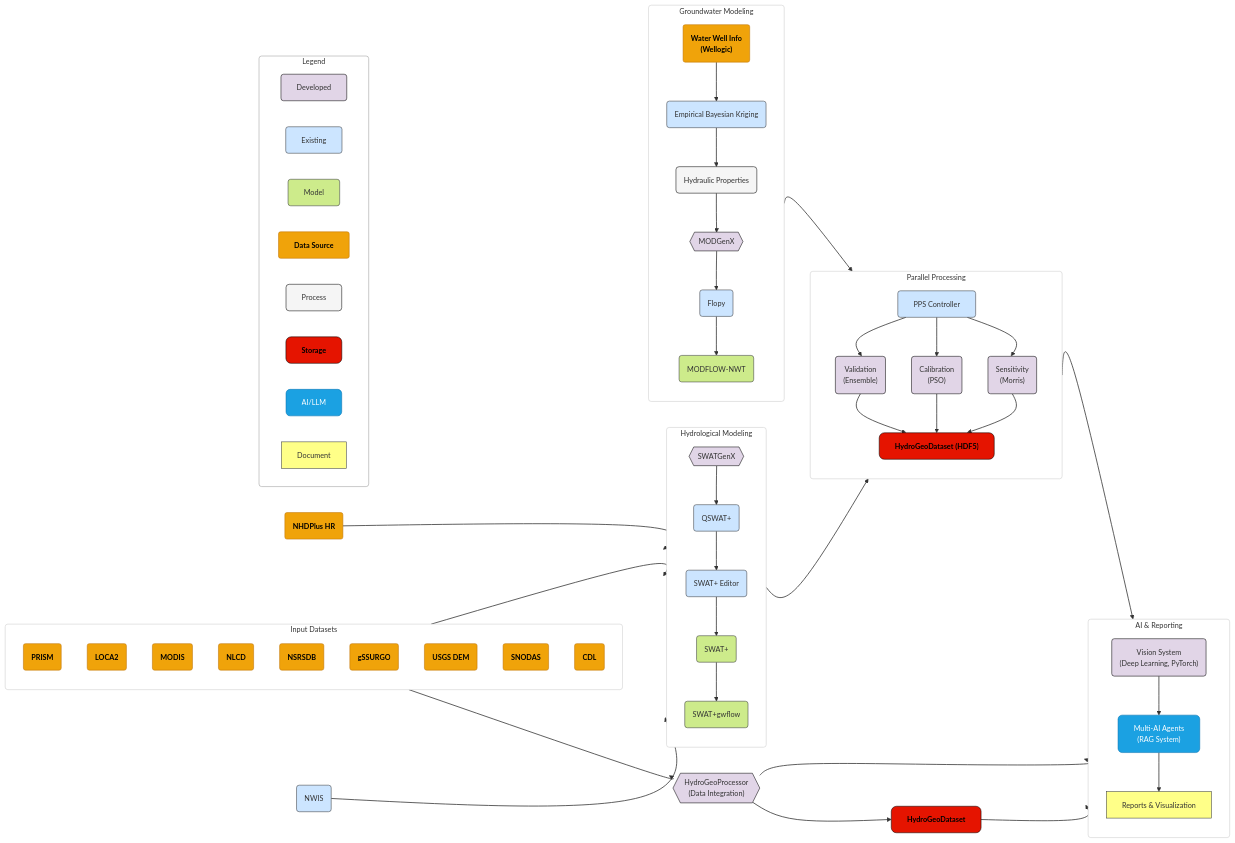
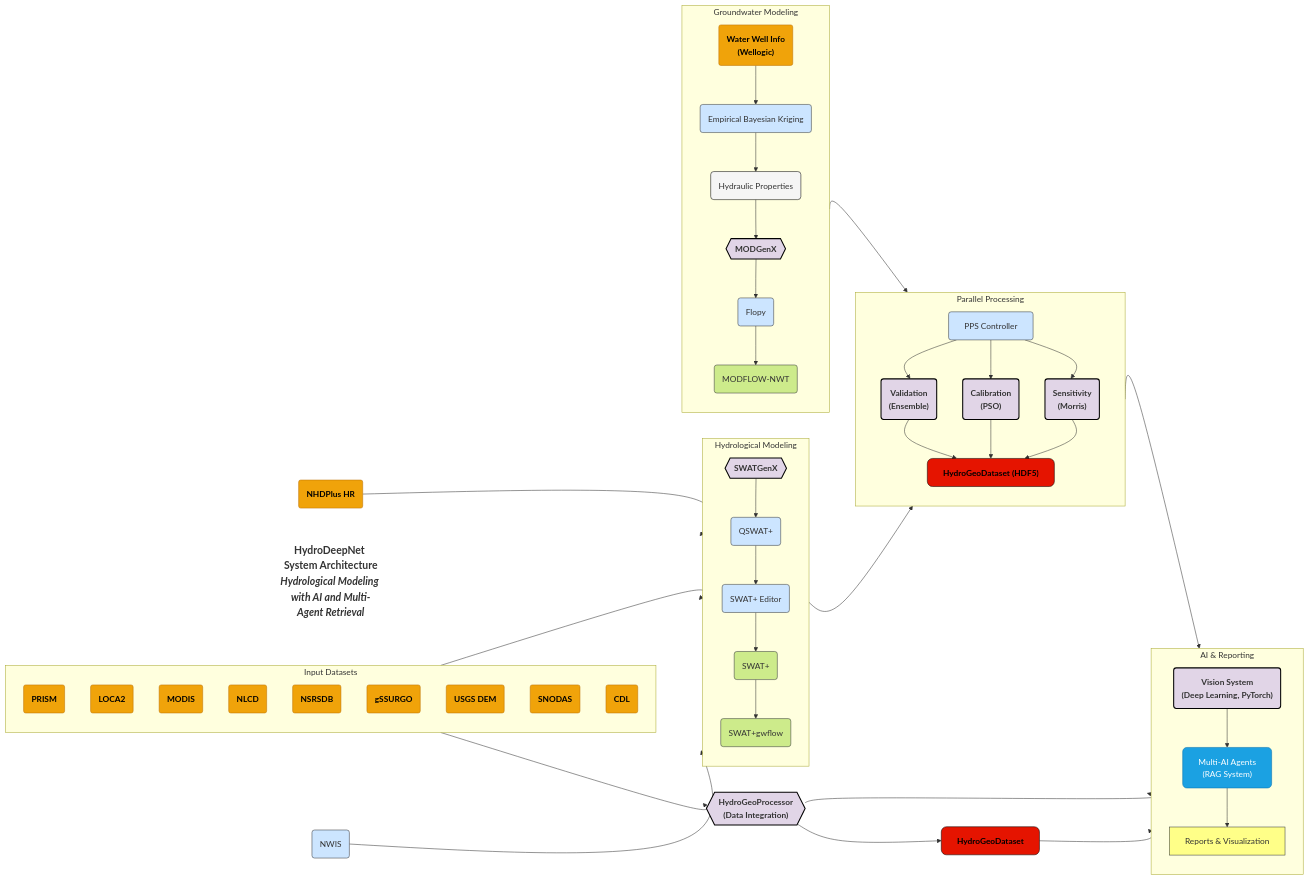
One commit to VahidMSU/HydroDeepNet changed the diagram in README.md. Above: the diagram before and after it, drawn with Mermaid.

Commit message:
Fix Mermaid rendering issue

````diff
--- a/README.md
+++ b/README.md
@@ -1,164 +1,118 @@
 ```mermaid
-%%{init: {
-  'theme': 'default',
-  'flowchart': {
-    'curve': 'natural',
-    'diagramPadding': 10
-  },
-  'themeVariables': {
-    'fontSize': '14px',
-    'fontFamily': 'arial'
-  }
-}}%%
+%%{init: {'theme': 'default', 'flowchart': {'curve': 'natural', 'diagramPadding': 20}, 'themeVariables': {'fontSize': '16px', 'fontFamily': 'arial'}}}%%
 graph LR
-linkStyle default stroke:#333,stroke-width:1.5px
+    title["<b>HydroDeepNet System Architecture</b><br><i>Hydrological Modeling with AI and Multi-Agent Retrieval</i>"]:::title
 
-%% ---------------------
-%% 1. INPUT DATASETS
-%% ---------------------
-subgraph Input_Datasets["Input Datasets"]
-direction TB
-    PRISM("PRISM"):::datasource
-    LOCA2("LOCA2"):::datasource
-    MODIS("MODIS"):::datasource
-    NLCD("NLCD"):::datasource
-    NSRSDB("NSRSDB"):::datasource
-    gSSURGO("gSSURGO"):::datasource
-    USGSDEM("USGS DEM"):::datasource
-    SNODAS("SNODAS"):::datasource
-    CDL("CDL"):::datasource
-end
+    %% 1. INPUT DATASETS
+    subgraph Input_Datasets["Input Datasets"]
+    direction TB
+        PRISM("PRISM"):::datasource
+        LOCA2("LOCA2"):::datasource
+        MODIS("MODIS"):::datasource
+        NLCD("NLCD"):::datasource
+        NSRSDB("NSRSDB"):::datasource
+        gSSURGO("gSSURGO"):::datasource
+        USGSDEM("USGS DEM"):::datasource
+        SNODAS("SNODAS"):::datasource
+        CDL("CDL"):::datasource
+    end
 
-%% Data Integration
-HydroGeoProcessor{{"HydroGeoProcessor<br>(Data Integration)"}}:::developed
-hydroGeoDatasetCyl["HydroGeoDataset"]:::storage
+    %% 2. DATA INTEGRATION
+    HydroGeoProcessor{{"HydroGeoProcessor<br>(Data Integration)"}}:::developed
+    hydroGeoDatasetCyl["HydroGeoDataset"]:::storage
 
-%% Additional Data Inputs
-NWIS("NWIS"):::existing
-NHDPlusHR("NHDPlus HR"):::datasource
+    %% Additional Data Inputs
+    NWIS("NWIS"):::existing
+    NHDPlusHR("NHDPlus HR"):::datasource
 
-%% ---------------------
-%% 2. HYDROLOGICAL MODELING
-%% ---------------------
-subgraph Hydrological_Modeling["Hydrological Modeling"]
-direction TB
-    SWATGenX{{SWATGenX}}:::developed
-    QSWATPlus("QSWAT+"):::existing
-    SWATPlusEditor("SWAT+ Editor"):::existing
-    SWATPlus("SWAT+"):::models
-    SWATPlusGwflow("SWAT+gwflow"):::models
-end
+    %% 3. HYDROLOGICAL MODELING
+    subgraph Hydrological_Modeling["Hydrological Modeling"]
+    direction TB
+        SWATGenX{{SWATGenX}}:::developed
+        QSWATPlus("QSWAT+"):::existing
+        SWATPlusEditor("SWAT+ Editor"):::existing
+        SWATPlus("SWAT+"):::models
+        SWATPlusGwflow("SWAT+gwflow"):::models
+    end
 
-%% ---------------------
-%% 3. GROUNDWATER MODELING
-%% ---------------------
-subgraph Groundwater_Modeling["Groundwater Modeling"]
-direction TB
-    WellInfo("Water Well Info<br>(Wellogic)"):::datasource
-    EBK("Empirical Bayesian Kriging"):::existing
-    HydraulicProps("Hydraulic Properties"):::process
-    MODGenX{{MODGenX}}:::developed
-    Flopy("Flopy"):::existing
-    MODFLOWNWT("MODFLOW-NWT"):::models
-end
+    %% GROUNDWATER MODELING
+    subgraph Groundwater_Modeling["Groundwater Modeling"]
+    direction TB
+        WellInfo("Water Well Info<br>(Wellogic)"):::datasource
+        EBK("Empirical Bayesian Kriging"):::existing
+        HydraulicProps("Hydraulic Properties"):::process
+        MODGenX{{MODGenX}}:::developed
+        Flopy("Flopy"):::existing
+        MODFLOWNWT("MODFLOW-NWT"):::models
+    end
 
-%% ---------------------
-%% 4. PARALLEL PROCESSING
-%% ---------------------
-subgraph Parallel_Processing["Parallel Processing"]
-direction TB
-    PPS["PPS Controller"]:::existing
-    Validation("Validation<br>(Ensemble)"):::developed
-    Calibration("Calibration<br>(PSO)"):::developed
-    Sensitivity("Sensitivity<br>(Morris)"):::developed
-    hydroGeoHDFCyl["HydroGeoDataset (HDF5)"]:::storage
-end
+    %% 4. PARALLEL PROCESSING
+    subgraph Parallel_Processing["Parallel Processing"]
+    direction TB
+        PPS["PPS Controller"]:::existing
+        Validation("Validation<br>(Ensemble)"):::developed
+        Calibration("Calibration<br>(PSO)"):::developed
+        Sensitivity("Sensitivity<br>(Morris)"):::developed
+        hydroGeoHDFCyl["HydroGeoDataset (HDF5)"]:::storage
+    end
 
-%% ---------------------
-%% 5. AI & REPORTING
-%% ---------------------
-subgraph AI_Reporting["AI & Reporting"]
-direction TB
-    VisionSystem("Vision System<br>(Deep Learning, PyTorch)"):::developed
-    MultiAI["Multi-AI Agents<br>(RAG System)"]:::llm
-    Reports["Reports & Visualization"]:::document
-end
+    %% 5. AI & REPORTING
+    subgraph AI_Reporting["AI & Reporting"]
+    direction TB
+        VisionSystem("Vision System<br>(Deep Learning, PyTorch)"):::developed
+        MultiAI["Multi-AI Agents<br>(RAG System)"]:::llm
+        Reports["Reports & Visualization"]:::document
+    end
 
-%% ---------------------
-%% EDGES / CONNECTIONS
-%% ---------------------
-%% (A) Input -> Processor
-Input_Datasets --> HydroGeoProcessor
-HydroGeoProcessor --> hydroGeoDatasetCyl
+    %% ---- EDGES / CONNECTIONS ----
 
-%% (B) Additional Data -> SWATGenX
-Input_Datasets --> SWATGenX
-NWIS --> SWATGenX
-NHDPlusHR --> SWATGenX
+    %% (A) Input to Data Processor
+    Input_Datasets --> HydroGeoProcessor
+    HydroGeoProcessor --> hydroGeoDatasetCyl
 
-%% (C) Hydrological Modeling Flow
-SWATGenX --> QSWATPlus
-QSWATPlus --> SWATPlusEditor
-SWATPlusEditor --> SWATPlus
-SWATPlus --> SWATPlusGwflow
+    %% (B) Data to SWATGenX
+    Input_Datasets --> SWATGenX
+    NWIS --> SWATGenX
+    NHDPlusHR --> SWATGenX
 
-%% (D) Groundwater Modeling Flow
-WellInfo --> EBK
-EBK --> HydraulicProps
-HydraulicProps --> MODGenX
-MODGenX --> Flopy
-Flopy --> MODFLOWNWT
+    %% (C) Hydrological Modeling Flow
+    SWATGenX --> QSWATPlus
+    QSWATPlus --> SWATPlusEditor
+    SWATPlusEditor --> SWATPlus
+    SWATPlus --> SWATPlusGwflow
 
-%% (E) Parallel Processing Flow
-SWATPlusGwflow --> PPS
-MODFLOWNWT --> PPS
-PPS --> Validation
-PPS --> Calibration
-PPS --> Sensitivity
-Validation --> hydroGeoHDFCyl
-Calibration --> hydroGeoHDFCyl
-Sensitivity --> hydroGeoHDFCyl
+    %% (D) Groundwater Modeling Flow
+    WellInfo --> EBK
+    EBK --> HydraulicProps
+    HydraulicProps --> MODGenX
+    MODGenX --> Flopy
+    Flopy --> MODFLOWNWT
 
-%% (F) AI & Reporting Flow
-hydroGeoDatasetCyl --> VisionSystem
-VisionSystem --> MultiAI
-hydroGeoHDFCyl --> MultiAI
-HydroGeoProcessor --> MultiAI
-MultiAI --> Reports
+    %% (E) Parallel Processing Flow
+    SWATPlusGwflow --> PPS
+    MODFLOWNWT --> PPS
+    PPS --> Validation
+    PPS --> Calibration
+    PPS --> Sensitivity
+    Validation --> hydroGeoHDFCyl
+    Calibration --> hydroGeoHDFCyl
+    Sensitivity --> hydroGeoHDFCyl
 
-%% ---------------------
-%% LEGEND (SMALLER BOX)
-%% ---------------------
-subgraph Legend["Legend"]
-direction LR
-DevComp["Developed"]:::developed
-ExistTool["Existing"]:::existing
-ModelNode["Model"]:::models
-DataSrc["Data Source"]:::datasource
-ProcNode["Process"]:::process
-StorNode["Storage"]:::storage
-AIComp["AI/LLM"]:::llm
-DocNode["Document"]:::document
-end
+    %% (F) AI & Reporting Flow
+    hydroGeoDatasetCyl --> VisionSystem
+    VisionSystem --> MultiAI
+    hydroGeoHDFCyl --> MultiAI
+    HydroGeoProcessor --> MultiAI
+    MultiAI --> Reports
 
-%% Minimal styling for subgraphs
-style Input_Datasets fill:#fff,stroke:#ccc,stroke-width:1px,rx:5,ry:5
-style Hydrological_Modeling fill:#fff,stroke:#ccc,stroke-width:1px,rx:5,ry:5
-style Groundwater_Modeling fill:#fff,stroke:#ccc,stroke-width:1px,rx:5,ry:5
-style Parallel_Processing fill:#fff,stroke:#ccc,stroke-width:1px,rx:5,ry:5
-style AI_Reporting fill:#fff,stroke:#ccc,stroke-width:1px,rx:5,ry:5
-style Legend fill:#fff,stroke:#999,stroke-width:1px,rx:5,ry:5
-
-%% Title styling
-classDef title font-size:18px,fill:none,stroke:none,font-weight:bold,text-align:center
-
-%% Node class styling
-classDef developed fill:#e1d5e7,stroke:#000000,stroke-width:1px,rx:5,ry:5
-classDef existing fill:#cce5ff,stroke:#36393d,stroke-width:1px,rx:5,ry:5
-classDef models fill:#cdeb8b,stroke:#36393d,stroke-width:1px,rx:5,ry:5
-classDef datasource fill:#f0a30a,stroke:#BD7000,stroke-width:1px,rx:4,ry:4,color:#000000,font-weight:bold
-classDef process fill:#f5f5f5,stroke:#000000,stroke-width:1px,rx:6,ry:6
-classDef storage fill:#e51400,stroke:#000000,stroke-width:1px,rx:10,ry:10,color:#000000,font-weight:bold
-classDef llm fill:#1ba1e2,stroke:#006EAF,stroke-width:1px,rx:8,ry:8,color:white
-classDef document fill:#ffff88,stroke:#36393d,stroke-width:1px
+    %% STYLING
+    classDef title font-size:20px,fill:none,stroke:none,font-weight:bold,text-align:center
+    classDef developed fill:#e1d5e7,stroke:#000000,stroke-width:2px,rx:5,ry:5,font-weight:bold
+    classDef existing fill:#cce5ff,stroke:#36393d,stroke-width:1px,rx:5,ry:5
+    classDef models fill:#cdeb8b,stroke:#36393d,stroke-width:1px,rx:5,ry:5
+    classDef datasource fill:#f0a30a,stroke:#BD7000,stroke-width:1px,rx:4,ry:4,color:#000000,font-weight:bold
+    classDef process fill:#f5f5f5,stroke:#000000,stroke-width:1px,rx:6,ry:6
+    classDef storage fill:#e51400,stroke:#000000,stroke-width:1px,rx:10,ry:10,color:#000000,font-weight:bold
+    classDef llm fill:#1ba1e2,stroke:#006EAF,stroke-width:1px,rx:8,ry:8,color:white
+    classDef document fill:#ffff88,stroke:#36393d,stroke-width:1px
 ```
````
